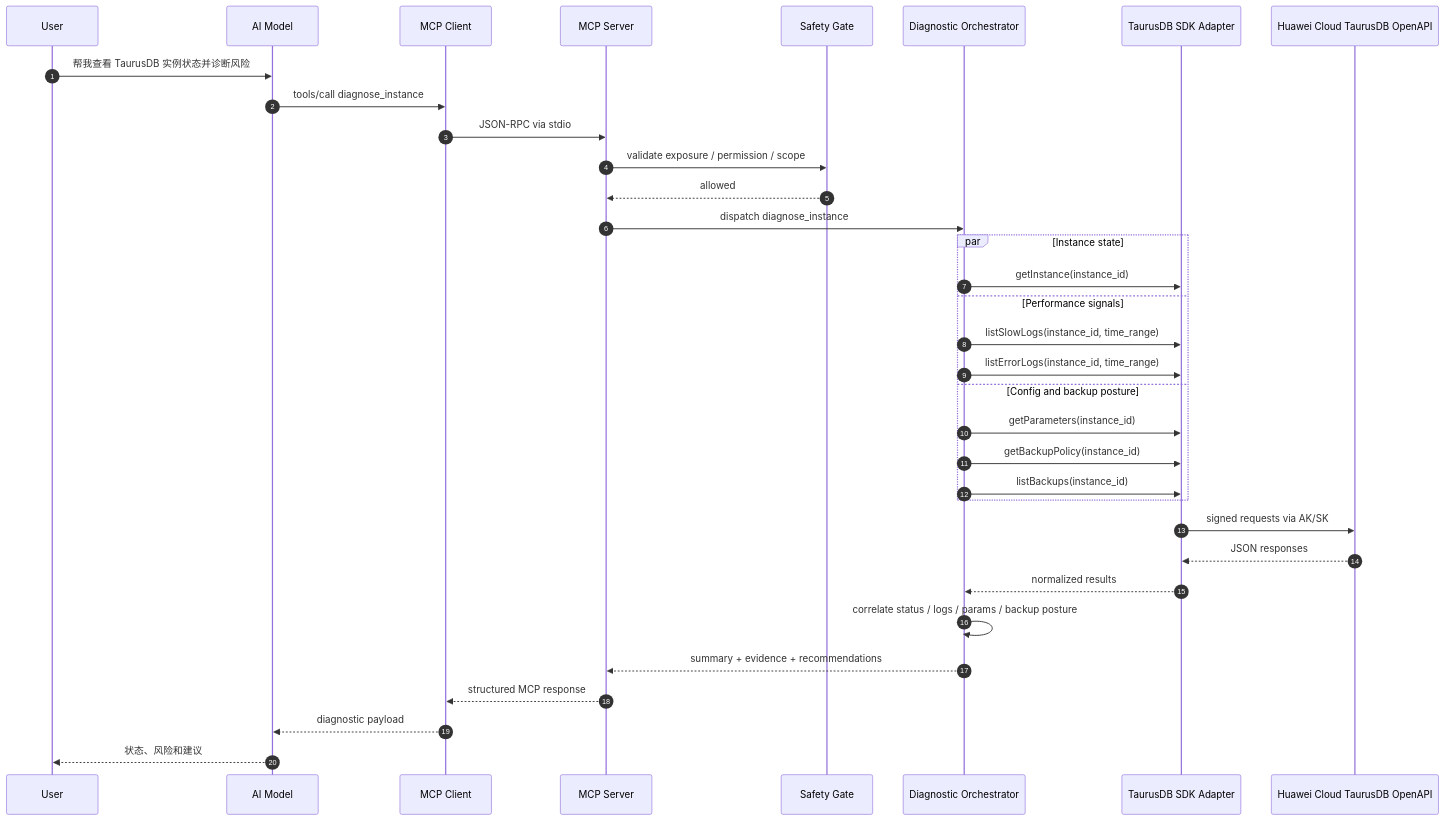
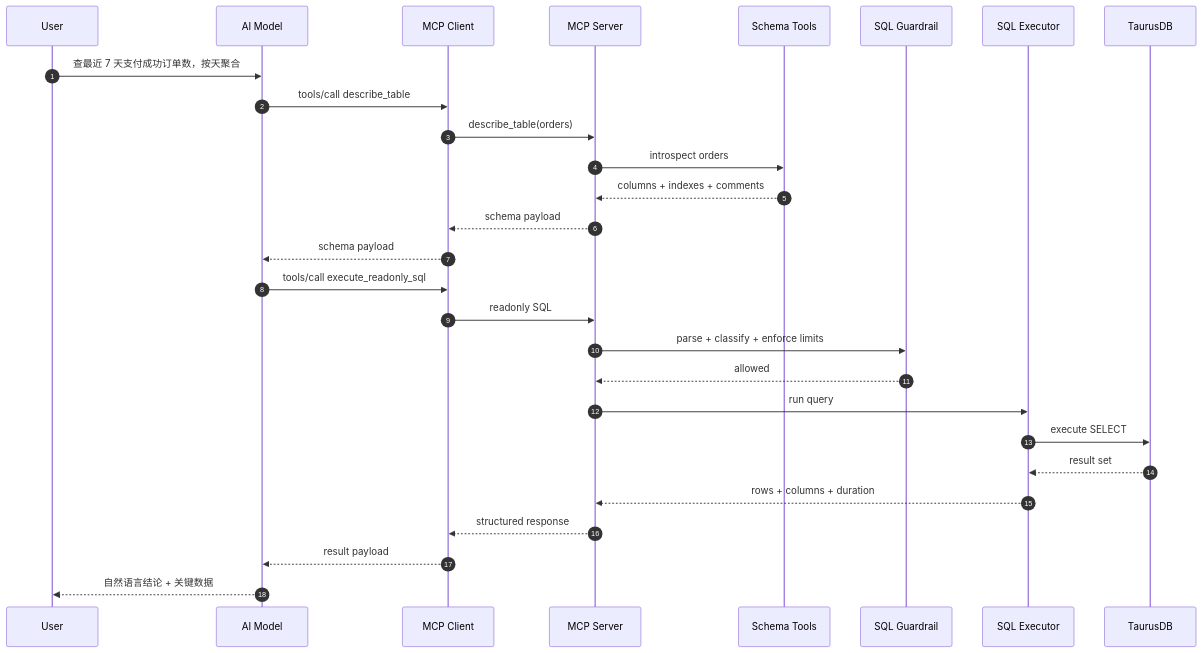
The second of 3 diagrams in docs/projects/taurus-mcp-server/taurusdb-architecture.md (youweichen0208/blog), drawn with Mermaid before and after one commit. The commit also changed other lines of this file and 6 other files, not shown here.

Commit message:
new changes for taurus mcp server

````diff
--- a/docs/projects/taurus-mcp-server/taurusdb-architecture.md
+++ b/docs/projects/taurus-mcp-server/taurusdb-architecture.md
@@ -128,40 +126,31 @@
 ```mermaid
-  sequenceDiagram
-    autonumber
-    participant U as User
-    participant AI as AI Model
-    participant MC as MCP Client
-    participant MS as MCP Server
-    participant SG as Safety Gate
-    participant DX as Diagnostic Orchestrator
-  participant SDK as TaurusDB SDK Adapter
-  participant API as Huawei Cloud TaurusDB OpenAPI
+sequenceDiagram
+  autonumber
+  participant U as User
+  participant AI as AI Model
+  participant MC as MCP Client
+  participant MS as MCP Server
+  participant SCH as Schema Tools
+  participant SAFE as SQL Guardrail
+  participant EXEC as SQL Executor
+  participant DB as TaurusDB
 
-  U->>AI: 帮我查看 TaurusDB 实例状态并诊断风险
-  AI->>MC: tools/call diagnose_instance
-  MC->>MS: JSON-RPC via stdio
-  MS->>SG: validate exposure / permission / scope
-  SG-->>MS: allowed
-  MS->>DX: dispatch diagnose_instance
-
-  par Instance state
-    DX->>SDK: getInstance(instance_id)
-  and Performance signals
-    DX->>SDK: listSlowLogs(instance_id, time_range)
-    DX->>SDK: listErrorLogs(instance_id, time_range)
-  and Config and backup posture
-    DX->>SDK: getParameters(instance_id)
-    DX->>SDK: getBackupPolicy(instance_id)
-    DX->>SDK: listBackups(instance_id)
-  end
-
-  SDK->>API: signed requests via AK/SK
-  API-->>SDK: JSON responses
-    SDK-->>DX: normalized results
-
-    DX->>DX: correlate status / logs / params / backup posture
-    DX-->>MS: summary + evidence + recommendations
-    MS-->>MC: structured MCP response
-    MC-->>AI: diagnostic payload
-    AI-->>U: 状态、风险和建议
+  U->>AI: 查最近 7 天支付成功订单数，按天聚合
+  AI->>MC: tools/call describe_table
+  MC->>MS: describe_table(orders)
+  MS->>SCH: introspect orders
+  SCH-->>MS: columns + indexes + comments
+  MS-->>MC: schema payload
+  MC-->>AI: schema payload
+  AI->>MC: tools/call execute_readonly_sql
+  MC->>MS: readonly SQL
+  MS->>SAFE: parse + classify + enforce limits
+  SAFE-->>MS: allowed
+  MS->>EXEC: run query
+  EXEC->>DB: execute SELECT
+  DB-->>EXEC: result set
+  EXEC-->>MS: rows + columns + duration
+  MS-->>MC: structured response
+  MC-->>AI: result payload
+  AI-->>U: 自然语言结论 + 关键数据
 ```
````
